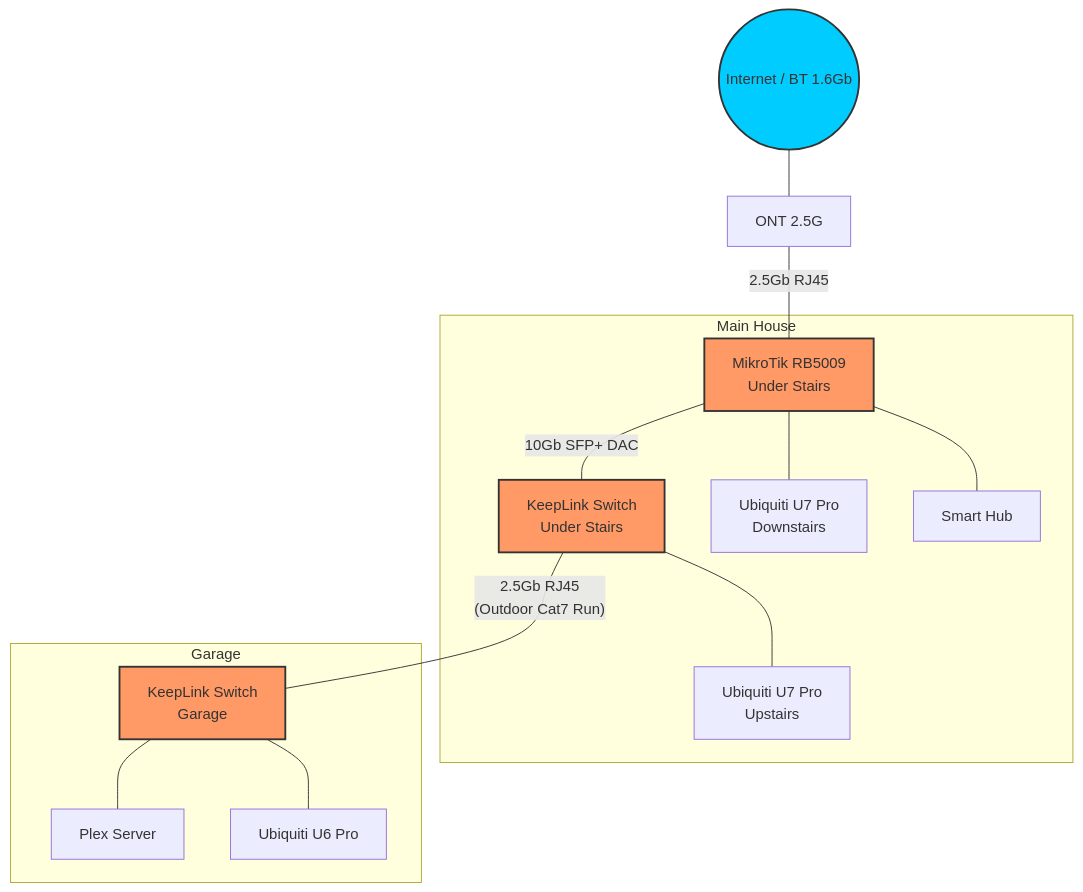
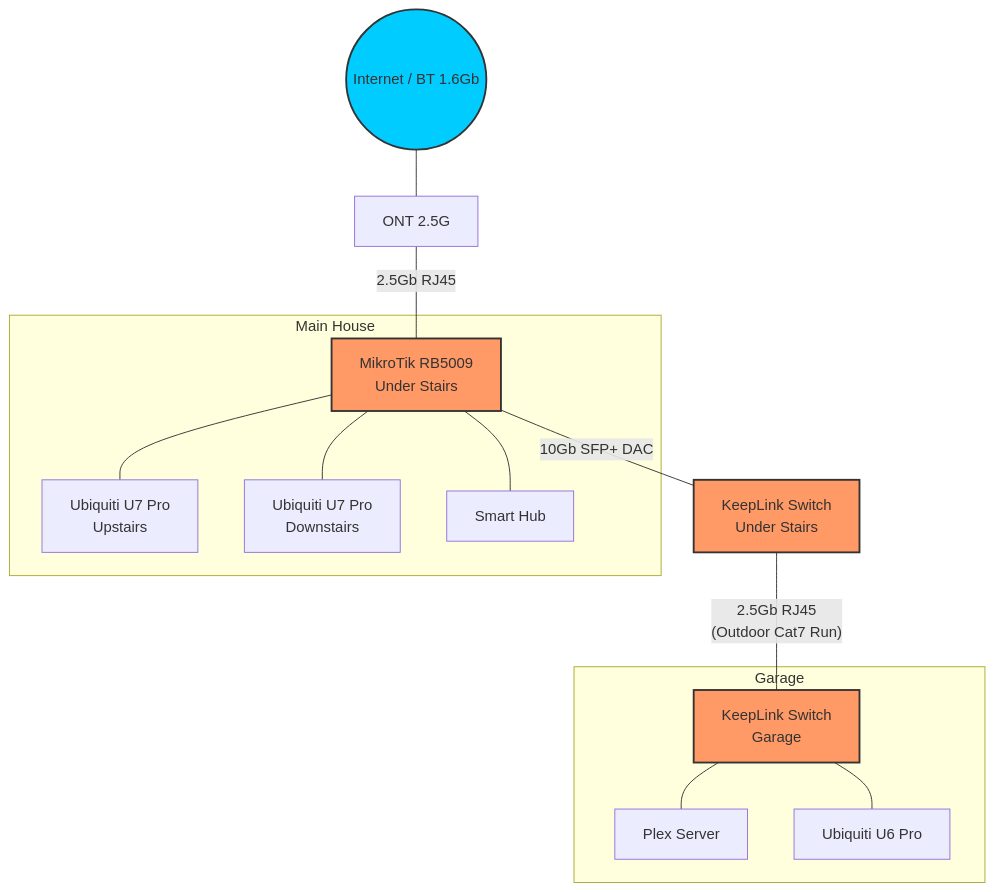
The diagram in docs/network/topology.md (eperdeme/digital-garden), drawn with Mermaid before and after one commit. The commit also changed 1 other file, not shown here.

Commit message:
docs: refine network documentation with MAC/IP details from ARP table

````diff
--- a/docs/network/topology.md
+++ b/docs/network/topology.md
@@ -10,25 +10,25 @@
 ```mermaid
 graph TD
     ISP((Internet / BT 1.6Gb)) --- ONT[ONT 2.5G]
     ONT -- "2.5Gb RJ45" --- RB5009[MikroTik RB5009<br/>Under Stairs]
 
     RB5009 -- "10Gb SFP+ DAC" --- HSW[KeepLink Switch<br/>Under Stairs]
 
     subgraph "Main House"
-        HSW --- U7PU[Ubiquiti U7 Pro<br/>Upstairs]
+        RB5009 --- U7PU[Ubiquiti U7 Pro<br/>Upstairs]
         RB5009 --- U7PD[Ubiquiti U7 Pro<br/>Downstairs]
         RB5009 --- SMH[Smart Hub]
     end
 
     HSW -- "2.5Gb RJ45<br/>(Outdoor Cat7 Run)" --- GSW[KeepLink Switch<br/>Garage]
 
     subgraph "Garage"
         GSW --- Plex[Plex Server]
         GSW --- U6PG[Ubiquiti U6 Pro]
     end
 
     style RB5009 fill:#f96,stroke:#333,stroke-width:2px
     style HSW fill:#f96,stroke:#333,stroke-width:2px
     style GSW fill:#f96,stroke:#333,stroke-width:2px
     style ISP fill:#0cf,stroke:#333,stroke-width:2px
 ```
````
